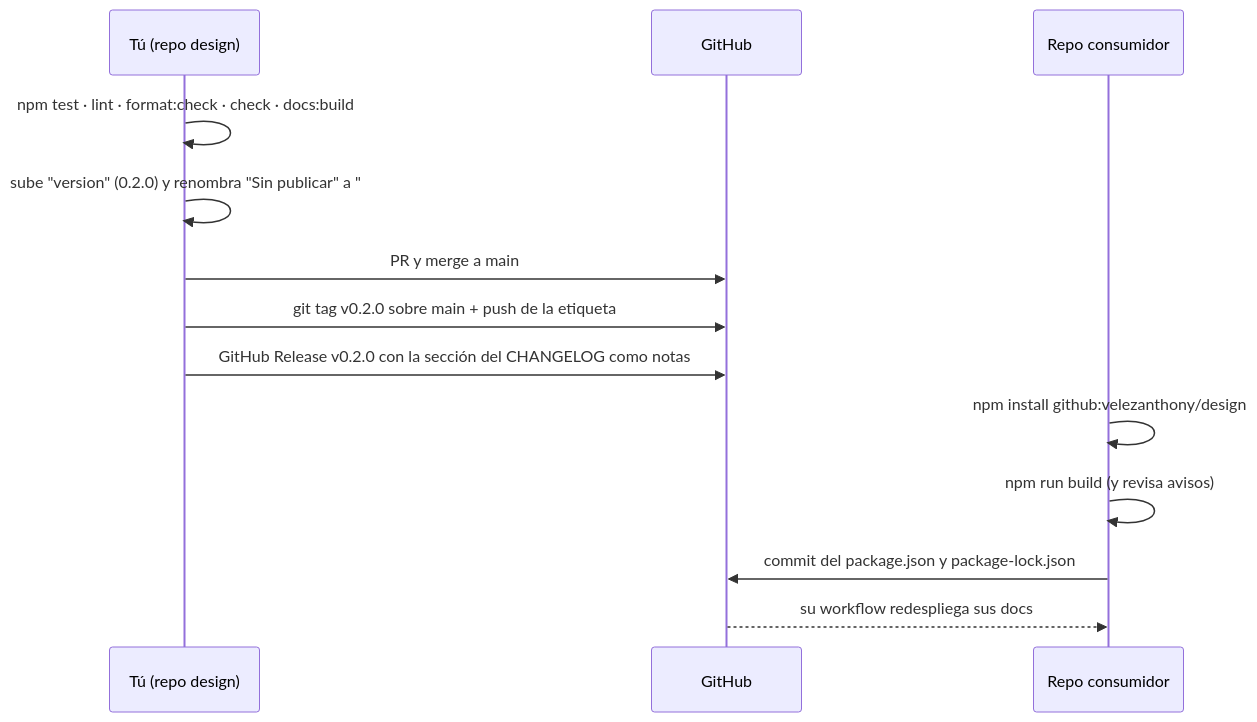
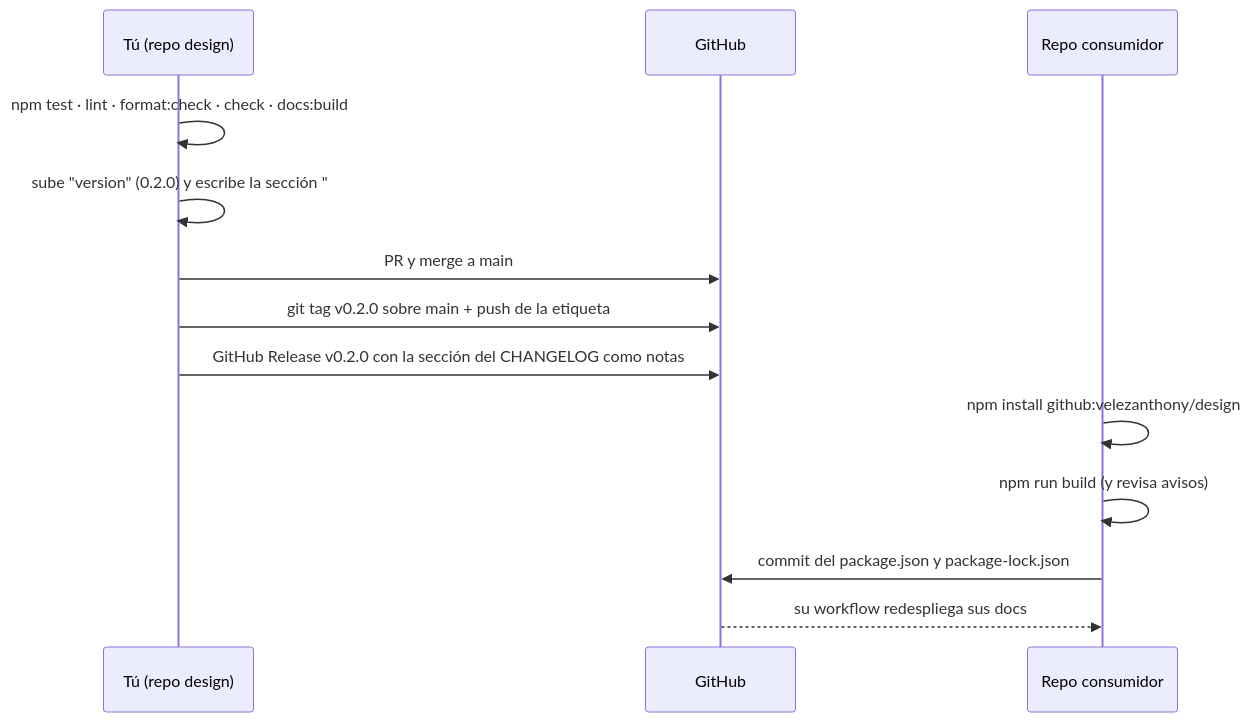
One commit to velezanthony/design changed the diagram in docs/src/content/docs/desarrollo/versiones.md. Above: the diagram before and after it, drawn with Mermaid. The commit also changed other lines of this file and 2 other files, not shown here.

Commit message:
docs(changelog): publish 0.1.0 without an unreleased section

````diff
--- a/docs/src/content/docs/desarrollo/versiones.md
+++ b/docs/src/content/docs/desarrollo/versiones.md
@@ -12,15 +12,15 @@
 ```mermaid
 sequenceDiagram
   participant Y as Tú (repo design)
   participant GH as GitHub
   participant C as Repo consumidor
   Y->>Y: npm test · lint · format:check · check · docs:build
-  Y->>Y: sube "version" (0.2.0) y renombra "Sin publicar" a "## 0.2.0" en CHANGELOG.md
+  Y->>Y: sube "version" (0.2.0) y escribe la sección "## 0.2.0" en CHANGELOG.md
   Y->>GH: PR y merge a main
   Y->>GH: git tag v0.2.0 sobre main + push de la etiqueta
   Y->>GH: GitHub Release v0.2.0 con la sección del CHANGELOG como notas
   C->>C: npm install github:velezanthony/design#v0.2.0
   C->>C: npm run build (y revisa avisos)
   C->>GH: commit del package.json y package-lock.json
   GH-->>C: su workflow redespliega sus docs
 ```
````
